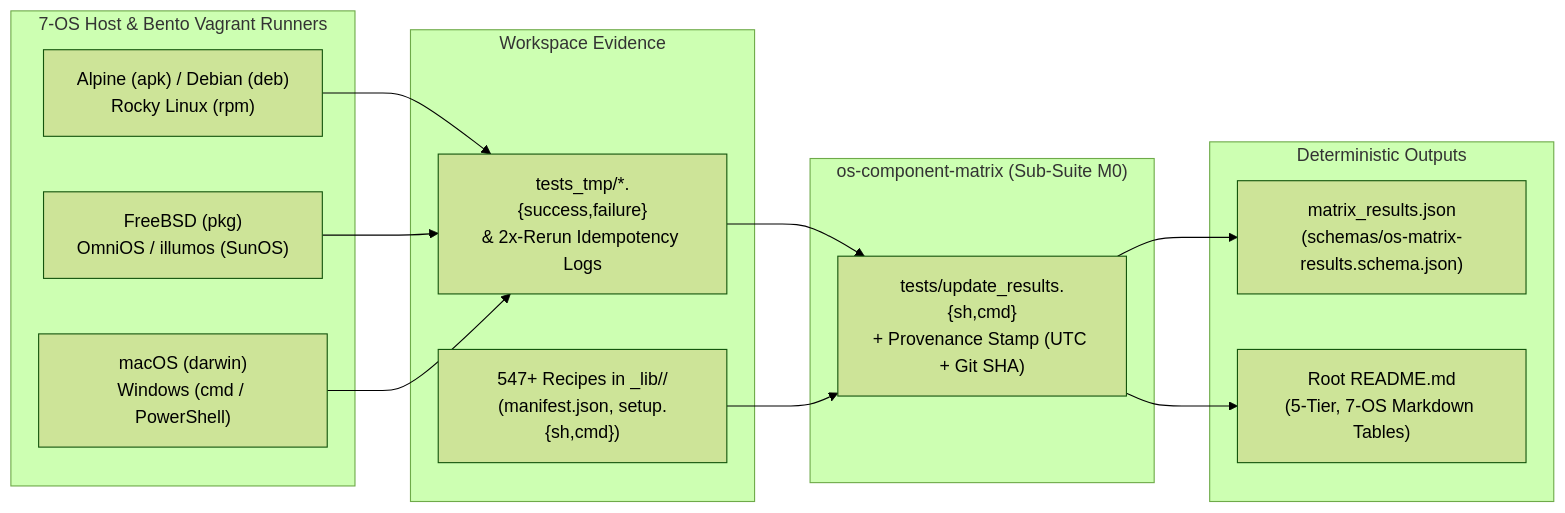
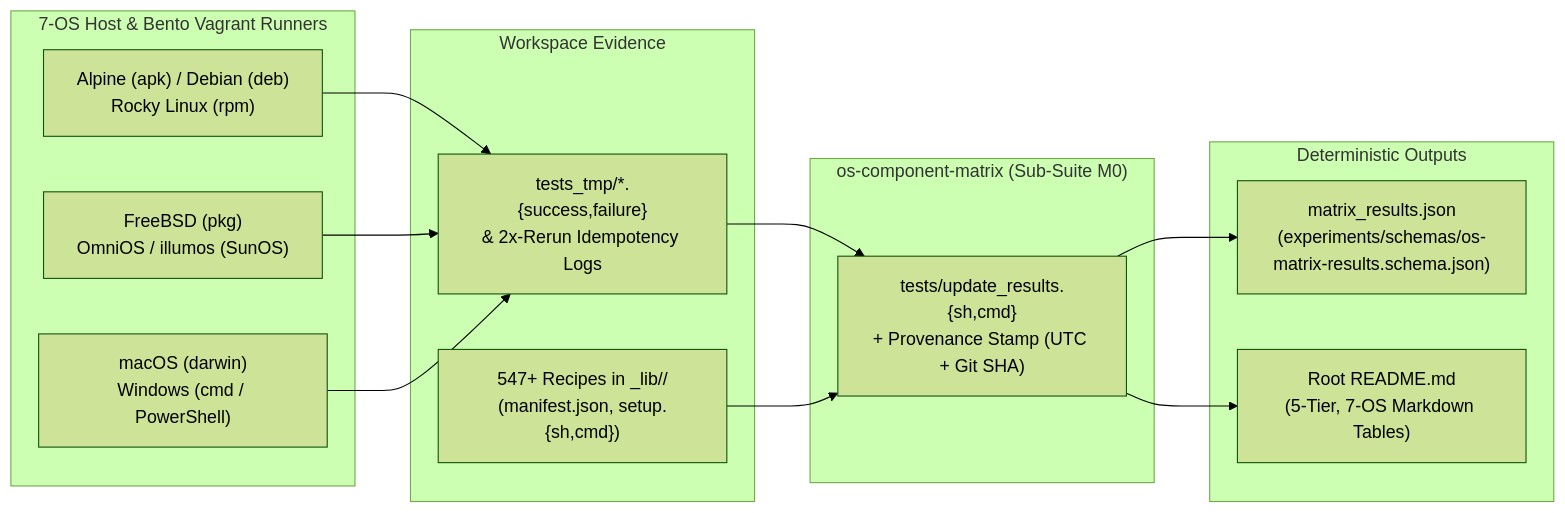
The diagram in experiments/os-component-matrix/README.md (SamuelMarks/libscript), drawn with Mermaid (forest theme) before and after one commit. The commit also changed other lines of this file and 15036 other files, not shown here.

````diff
--- a/experiments/os-component-matrix/README.md
+++ b/experiments/os-component-matrix/README.md
@@ -18,25 +19,25 @@
 ```mermaid
 flowchart LR
     subgraph Runners["7-OS Host & Bento Vagrant Runners"]
         Linux["Alpine (apk) / Debian (deb)<br/>Rocky Linux (rpm)"]
         BSD["FreeBSD (pkg)<br/>OmniOS / illumos (SunOS)"]
         Desktop["macOS (darwin)<br/>Windows (cmd / PowerShell)"]
     end
 
     subgraph Inputs["Workspace Evidence"]
         Markers["tests_tmp/*.{success,failure}<br/>& 2x-Rerun Idempotency Logs"]
         Catalog["547+ Recipes in _lib/<cat>/<comp><br/>(manifest.json, setup.{sh,cmd})"]
     end
 
     subgraph Engine["os-component-matrix (Sub-Suite M0)"]
         Agg["tests/update_results.{sh,cmd}<br/>+ Provenance Stamp (UTC + Git SHA)"]
     end
 
     subgraph Artifacts["Deterministic Outputs"]
-        JSON["matrix_results.json<br/>(schemas/os-matrix-results.schema.json)"]
+        JSON["matrix_results.json<br/>(experiments/schemas/os-matrix-results.schema.json)"]
         MD["Root README.md<br/>(5-Tier, 7-OS Markdown Tables)"]
     end
 
     Linux & BSD & Desktop --> Markers
     Markers & Catalog --> Agg --> JSON & MD
 ```
````
